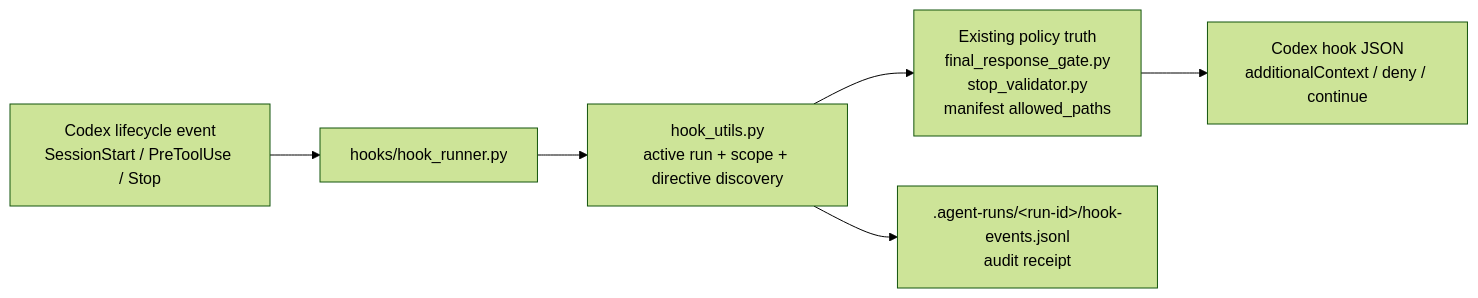
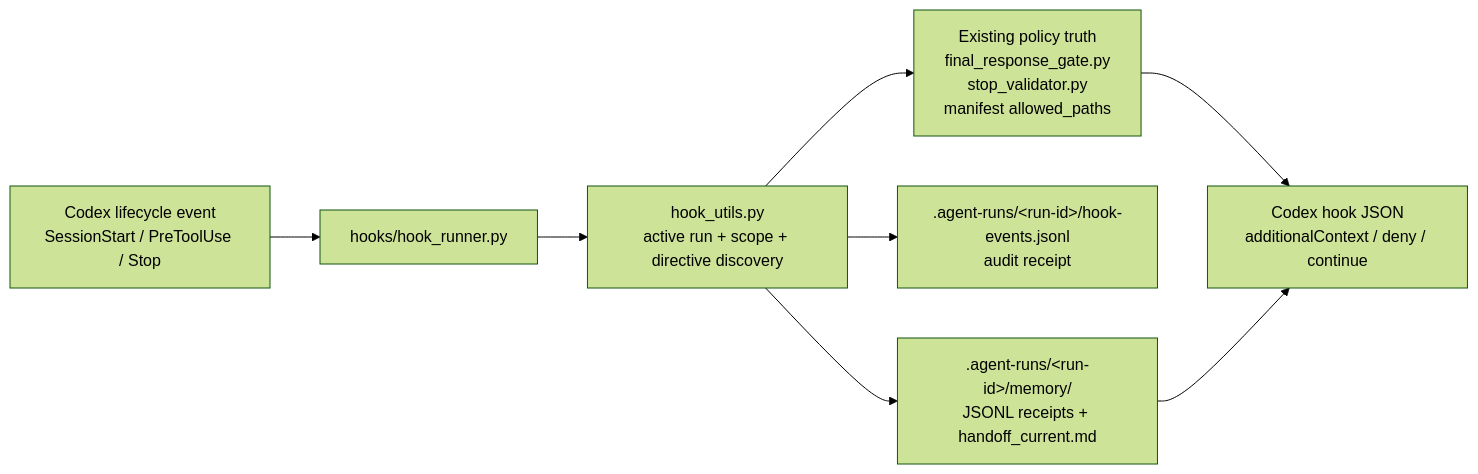
The second of 13 diagrams in ARCHITECTURE.md (scottconverse/agent-pipeline-codex), drawn with Mermaid (forest theme) before and after one commit. The commit also changed other lines of this file and 14 other files, not shown here.

````diff
--- a/ARCHITECTURE.md
+++ b/ARCHITECTURE.md
@@ -71,8 +71,10 @@
 ```mermaid
 flowchart LR
     H0["Codex lifecycle event<br/>SessionStart / PreToolUse / Stop"] --> H1["hooks/hook_runner.py"]
     H1 --> H2["hook_utils.py<br/>active run + scope + directive discovery"]
     H2 --> H3["Existing policy truth<br/>final_response_gate.py<br/>stop_validator.py<br/>manifest allowed_paths"]
     H3 --> H4["Codex hook JSON<br/>additionalContext / deny / continue"]
     H2 --> H5[".agent-runs/&lt;run-id&gt;/hook-events.jsonl<br/>audit receipt"]
+    H2 --> H6[".agent-runs/&lt;run-id&gt;/memory/<br/>JSONL receipts + handoff_current.md"]
+    H6 --> H4
 ```
````
